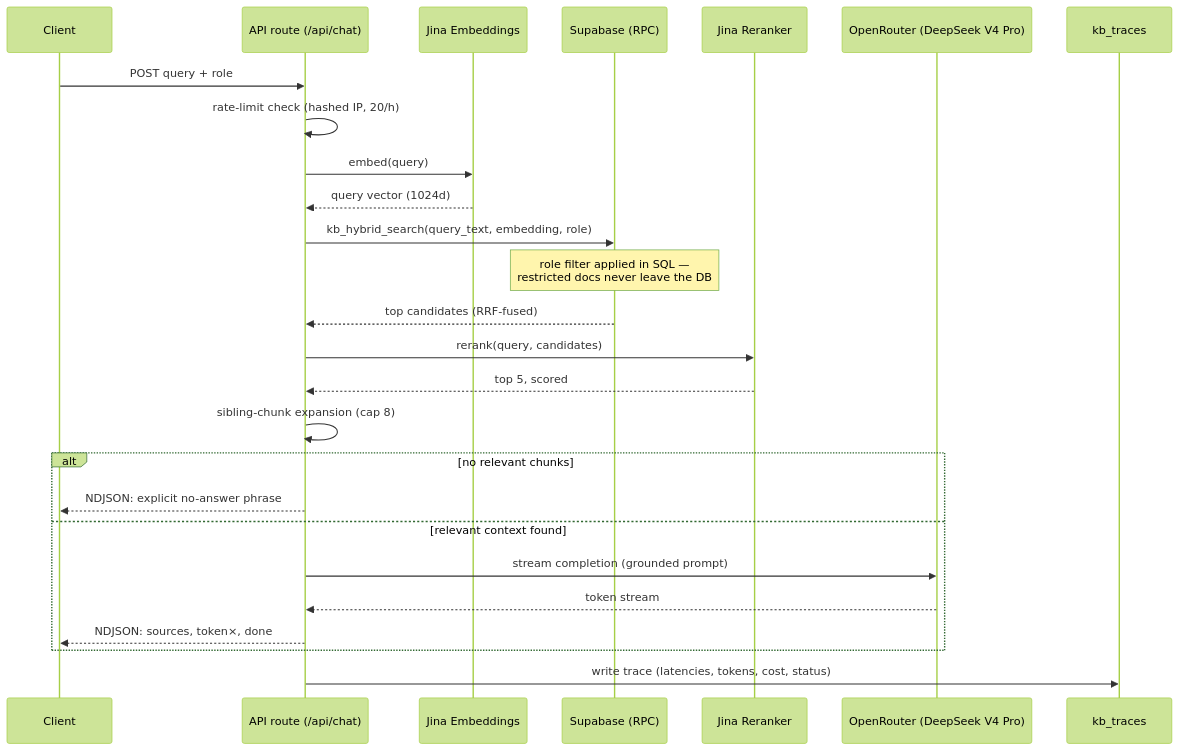
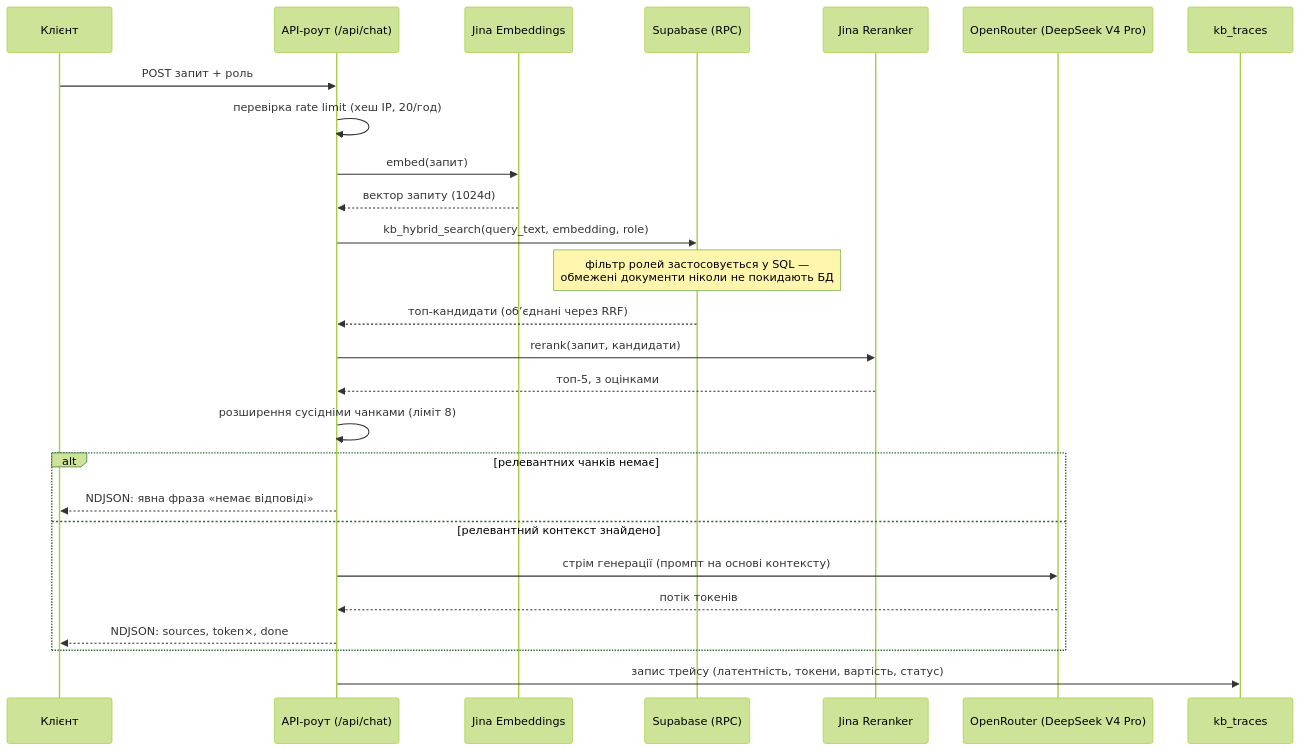
One commit to volodeveth/prasolov-ai-kb changed the second of 2 diagrams in README.md. Above: the diagram before and after it, drawn with Mermaid (forest theme). The commit also changed other lines of this file, not shown here.

````diff
--- a/README.md
+++ b/README.md
@@ -50,29 +50,29 @@
 ```mermaid
 sequenceDiagram
-    participant C as Client
-    participant A as API route (/api/chat)
+    participant C as Клієнт
+    participant A as API-роут (/api/chat)
     participant J1 as Jina Embeddings
     participant S as Supabase (RPC)
     participant J2 as Jina Reranker
     participant O as OpenRouter (DeepSeek V4 Pro)
     participant T as kb_traces
 
-    C->>A: POST query + role
-    A->>A: rate-limit check (hashed IP, 20/h)
-    A->>J1: embed(query)
-    J1-->>A: query vector (1024d)
+    C->>A: POST запит + роль
+    A->>A: перевірка rate limit (хеш IP, 20/год)
+    A->>J1: embed(запит)
+    J1-->>A: вектор запиту (1024d)
     A->>S: kb_hybrid_search(query_text, embedding, role)
-    Note over S: role filter applied in SQL —<br/>restricted docs never leave the DB
-    S-->>A: top candidates (RRF-fused)
-    A->>J2: rerank(query, candidates)
-    J2-->>A: top 5, scored
-    A->>A: sibling-chunk expansion (cap 8)
-    alt no relevant chunks
-        A-->>C: NDJSON: explicit no-answer phrase
-    else relevant context found
-        A->>O: stream completion (grounded prompt)
-        O-->>A: token stream
+    Note over S: фільтр ролей застосовується у SQL —<br/>обмежені документи ніколи не покидають БД
+    S-->>A: топ-кандидати (об’єднані через RRF)
+    A->>J2: rerank(запит, кандидати)
+    J2-->>A: топ-5, з оцінками
+    A->>A: розширення сусідніми чанками (ліміт 8)
+    alt релевантних чанків немає
+        A-->>C: NDJSON: явна фраза «немає відповіді»
+    else релевантний контекст знайдено
+        A->>O: стрім генерації (промпт на основі контексту)
+        O-->>A: потік токенів
         A-->>C: NDJSON: sources, token×, done
     end
-    A->>T: write trace (latencies, tokens, cost, status)
+    A->>T: запис трейсу (латентність, токени, вартість, статус)
 ```
````
